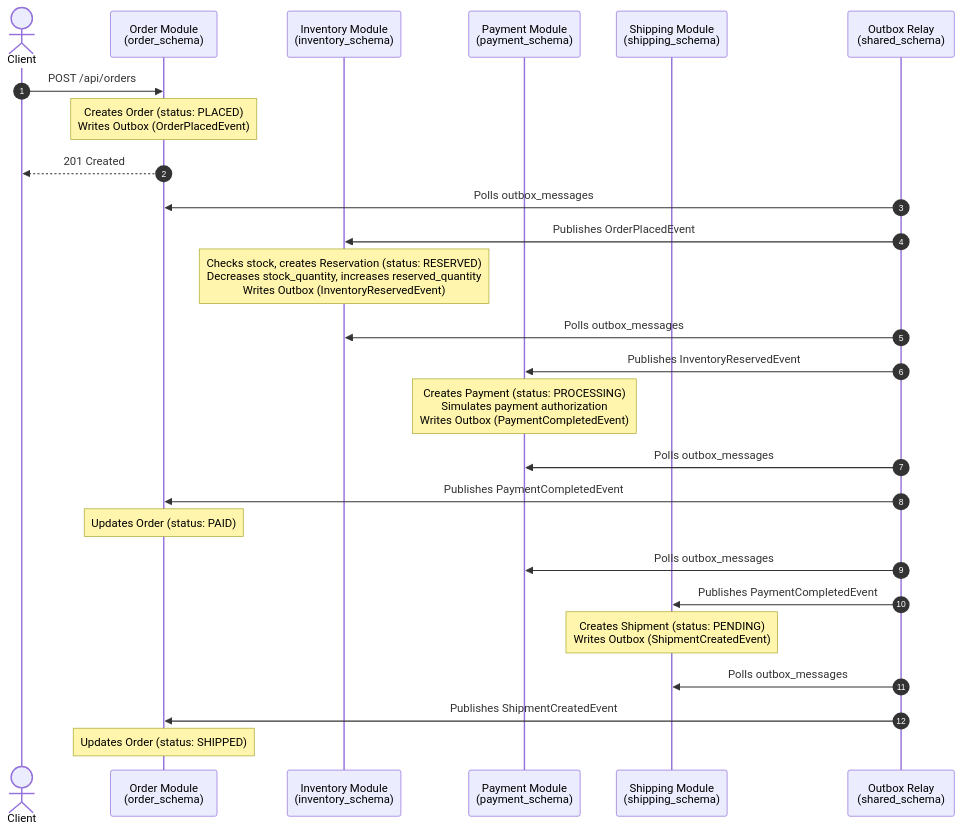
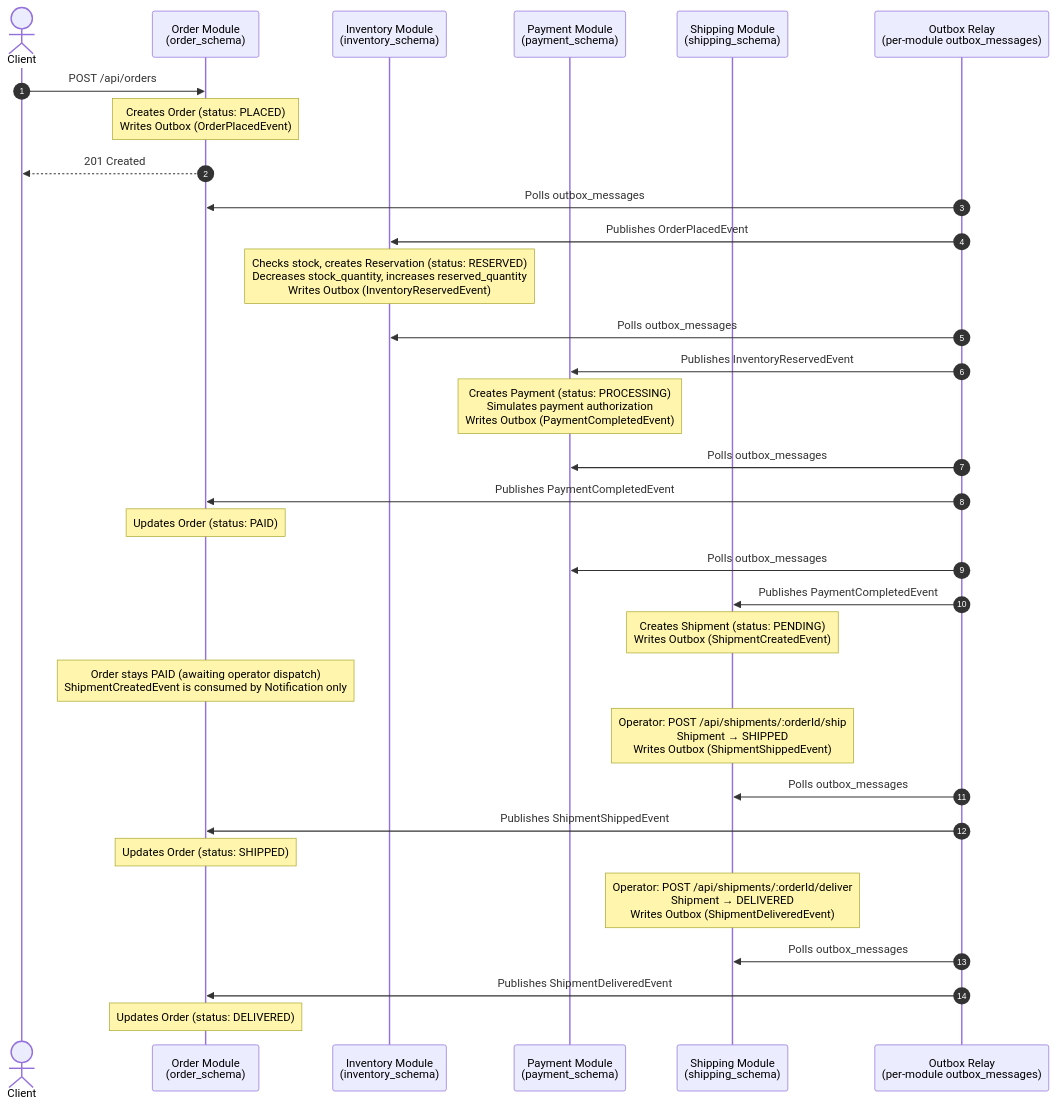
Before and after one commit to shivamdeswal5/event-driven-order-engine: the first of 4 diagrams in docs/08-event-flow-saga-map.md, drawn with Mermaid. The commit also changed other lines of this file and 52 other files, not shown here.

Commit message:
Feature: Add ShipmentShippedProcessor and NotificationBroadcaster for real-time notifications

````diff
--- a/docs/08-event-flow-saga-map.md
+++ b/docs/08-event-flow-saga-map.md
@@ -61,37 +63,45 @@
 ```mermaid
 sequenceDiagram
     autonumber
     
     actor Client
     participant Order as Order Module<br/>(order_schema)
     participant Inventory as Inventory Module<br/>(inventory_schema)
     participant Payment as Payment Module<br/>(payment_schema)
     participant Shipping as Shipping Module<br/>(shipping_schema)
-    participant Outbox as Outbox Relay<br/>(shared_schema)
+    participant Outbox as Outbox Relay<br/>(per-module outbox_messages)
 
     Client->>Order: POST /api/orders
     Note over Order: Creates Order (status: PLACED)<br/>Writes Outbox (OrderPlacedEvent)
     Order-->>Client: 201 Created
     
     Outbox->>Order: Polls outbox_messages
     Outbox->>Inventory: Publishes OrderPlacedEvent
     
     Note over Inventory: Checks stock, creates Reservation (status: RESERVED)<br/>Decreases stock_quantity, increases reserved_quantity<br/>Writes Outbox (InventoryReservedEvent)
     
     Outbox->>Inventory: Polls outbox_messages
     Outbox->>Payment: Publishes InventoryReservedEvent
     
     Note over Payment: Creates Payment (status: PROCESSING)<br/>Simulates payment authorization<br/>Writes Outbox (PaymentCompletedEvent)
     
     Outbox->>Payment: Polls outbox_messages
     Outbox->>Order: Publishes PaymentCompletedEvent
     Note over Order: Updates Order (status: PAID)
     
     Outbox->>Payment: Polls outbox_messages
     Outbox->>Shipping: Publishes PaymentCompletedEvent
     Note over Shipping: Creates Shipment (status: PENDING)<br/>Writes Outbox (ShipmentCreatedEvent)
     
+    Note over Order: Order stays PAID (awaiting operator dispatch)<br/>ShipmentCreatedEvent is consumed by Notification only
+
+    Note over Shipping: Operator: POST /api/shipments/:orderId/ship<br/>Shipment → SHIPPED<br/>Writes Outbox (ShipmentShippedEvent)
     Outbox->>Shipping: Polls outbox_messages
-    Outbox->>Order: Publishes ShipmentCreatedEvent
+    Outbox->>Order: Publishes ShipmentShippedEvent
     Note over Order: Updates Order (status: SHIPPED)
+
+    Note over Shipping: Operator: POST /api/shipments/:orderId/deliver<br/>Shipment → DELIVERED<br/>Writes Outbox (ShipmentDeliveredEvent)
+    Outbox->>Shipping: Polls outbox_messages
+    Outbox->>Order: Publishes ShipmentDeliveredEvent
+    Note over Order: Updates Order (status: DELIVERED)
 ```
````
